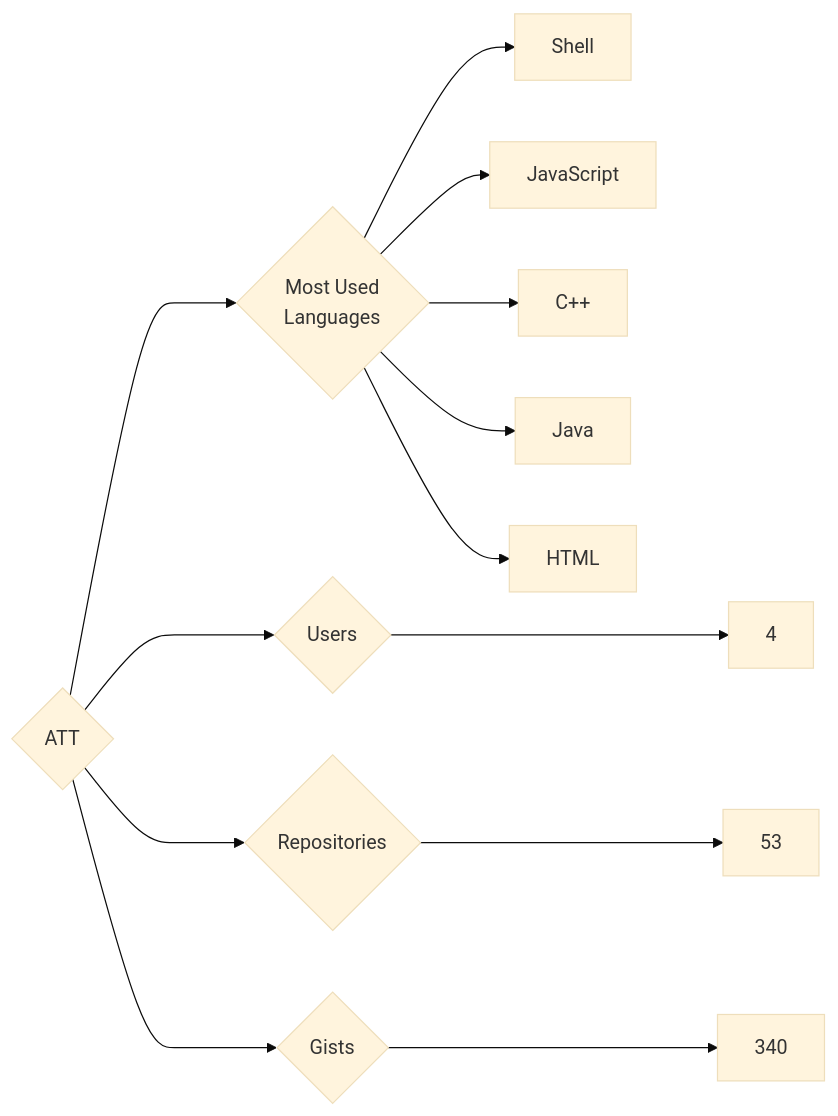
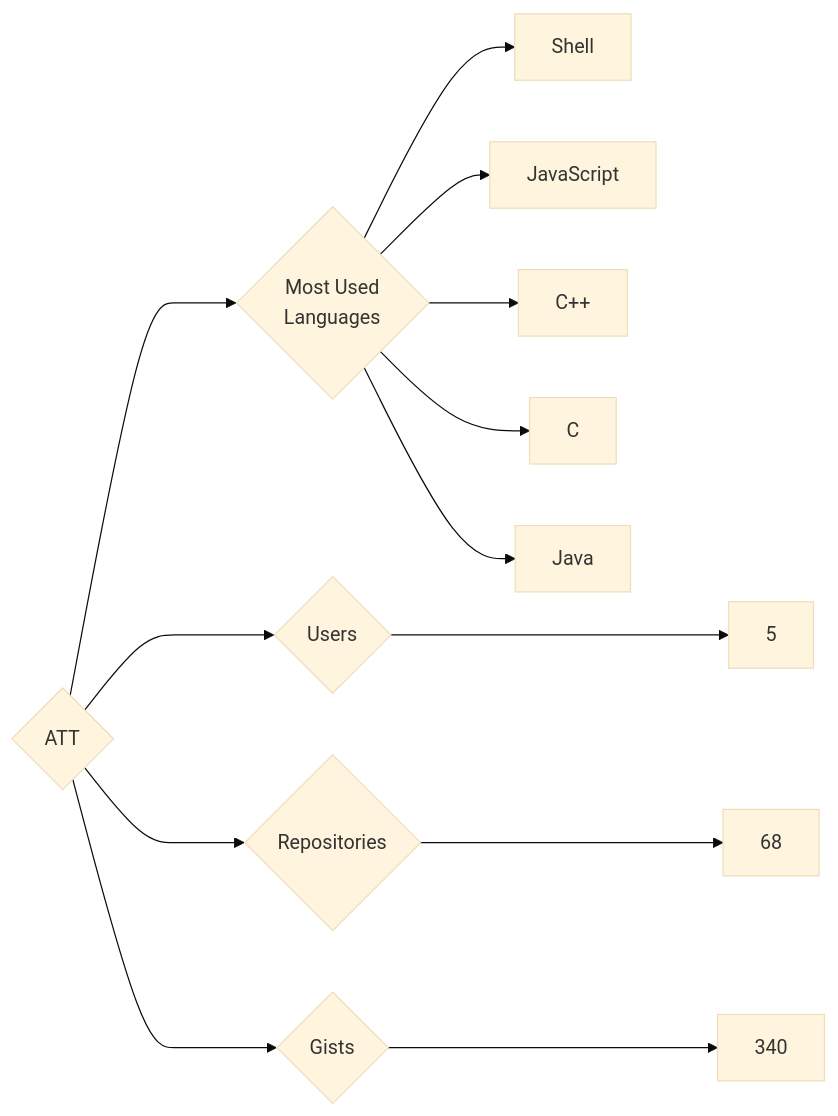
Before and after one commit to trickest/insiders: the diagram in targets/ATT/README.md, drawn with Mermaid (base theme). The commit also changed 610 other files, not shown here.

````diff
--- a/targets/ATT/README.md
+++ b/targets/ATT/README.md
@@ -3,13 +3,13 @@
 ```mermaid
 graph LR
 COMPANY_NAME{ATT}
-COMPANY_NAME ---> U{Users} ---> UN[4]
-COMPANY_NAME ---> R{Repositories} ---> RN[53]
+COMPANY_NAME ---> U{Users} ---> UN[5]
+COMPANY_NAME ---> R{Repositories} ---> RN[68]
 COMPANY_NAME ---> G{Gists} ---> GN[340]
 COMPANY_NAME ---> ML{Most Used<br>Languages}
 ML --> Shell[Shell]
 ML --> JavaScript[JavaScript]
 ML --> C++[C++]
+ML --> C[C]
 ML --> Java[Java]
-ML --> HTML[HTML]
 ```
````
